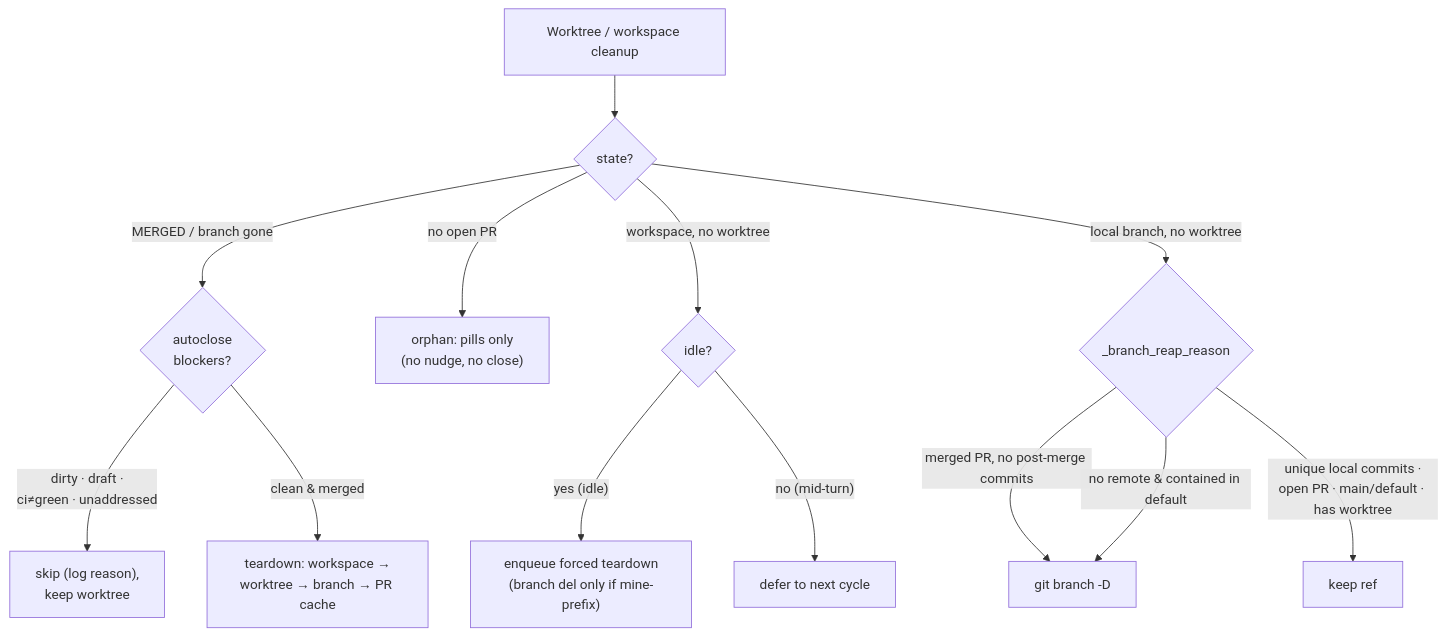
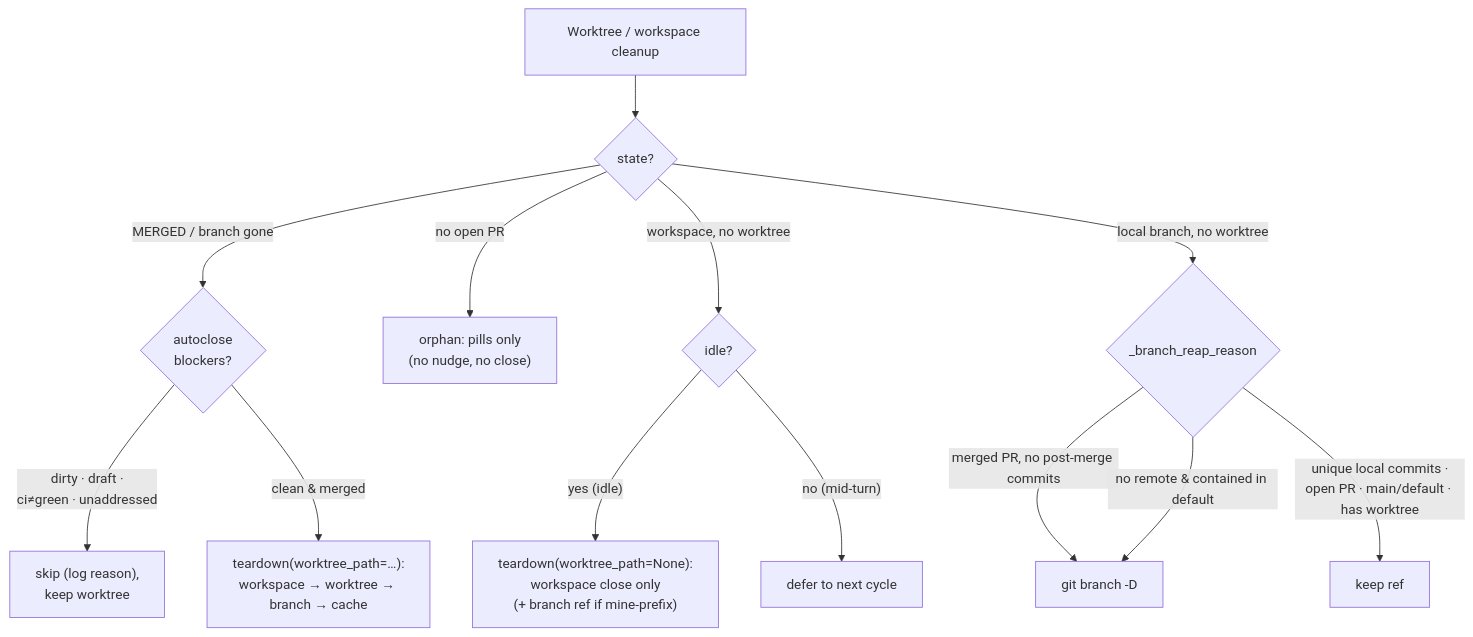
One commit to khivi/cockpit changed the third of 5 diagrams in docs/state-machine.md. Above: the diagram before and after it, drawn with Mermaid. The commit also changed other lines of this file and 2 other files, not shown here.

First line of the commit message:
docs: name the two destructive primitives and close the automatic-send set

````diff
--- a/docs/state-machine.md
+++ b/docs/state-machine.md
@@ -154,19 +154,19 @@
 ```mermaid
 flowchart TD
   C["Worktree / workspace cleanup"] --> K{"state?"}
 
   K -->|"MERGED / branch gone"| AC{"autoclose<br/>blockers?"}
   AC -->|"dirty · draft ·<br/>ci≠green · unaddressed"| SK["skip (log reason),<br/>keep worktree"]
-  AC -->|"clean & merged"| TD["teardown: workspace →<br/>worktree → branch → PR cache"]
+  AC -->|"clean & merged"| TD["teardown(worktree_path=…):<br/>workspace → worktree → branch → cache"]
 
   K -->|"no open PR"| OP["orphan: pills only<br/>(no nudge, no close)"]
 
   K -->|"workspace, no worktree"| RP{"idle?"}
-  RP -->|"yes (idle)"| EN["enqueue forced teardown<br/>(branch del only if mine-prefix)"]
+  RP -->|"yes (idle)"| EN["teardown(worktree_path=None):<br/>workspace close only<br/>(+ branch ref if mine-prefix)"]
   RP -->|"no (mid-turn)"| DF["defer to next cycle"]
 
   K -->|"local branch, no worktree"| BR{"_branch_reap_reason"}
   BR -->|"merged PR, no post-merge commits"| BD["git branch -D"]
   BR -->|"no remote & contained in default"| BD
   BR -->|"unique local commits ·<br/>open PR · main/default · has worktree"| BK["keep ref"]
 ```
````
